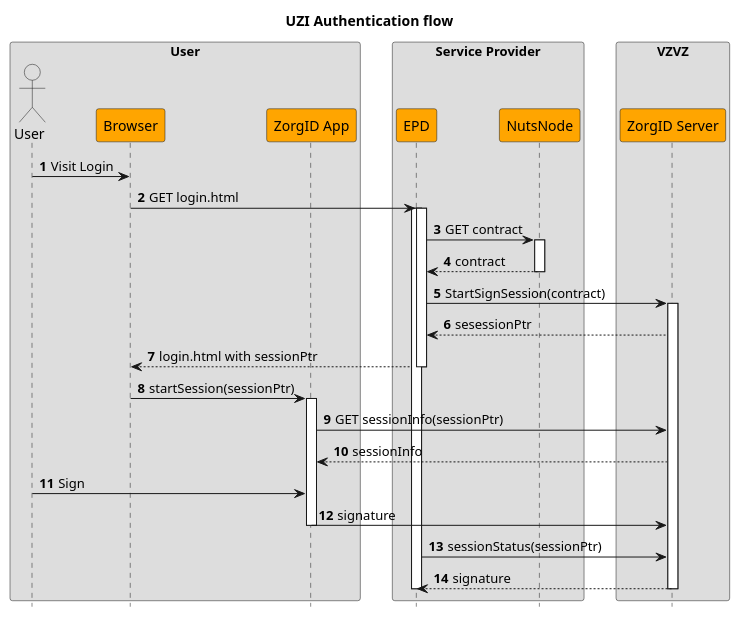
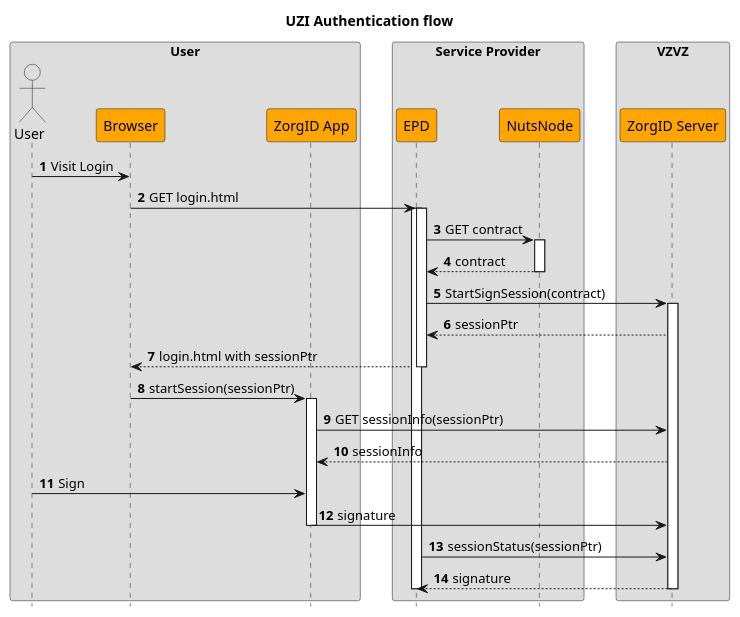
Before and after one commit to nuts-foundation/nuts-auth: the diagram in docs/_static/uzi-flow.puml, drawn with PlantUML. The commit also changed 1 other file, not shown here.

Commit message:
Fix typo in diagram

```diff
--- a/docs/_static/uzi-flow.puml
+++ b/docs/_static/uzi-flow.puml
@@ -1,59 +1,59 @@
 @startuml
 hide footbox
 skinparam roundcorner 5
 skinparam shadowing false
 skinparam sequence {
    ParticipantBackgroundColor orange
    ActorBackgroundColor none
 }
 skinparam BoxPadding 15
 
 title UZI Authentication flow
 autonumber
 box User
 actor User order 10
 participant Browser order 20
 participant "ZorgID App" as ZorgIDApp order 30
 endbox
 box Service Provider
 participant EPD order 40
 participant "NutsNode" as NutsNode order 50
 endbox
 
 box VZVZ
 participant "ZorgID Server" as ZorgIDServer order 60
 endbox
 
 '-> User : Start
 User -> Browser : Visit Login
 Browser -> EPD : GET login.html
 activate EPD
 activate EPD
 
 EPD -> NutsNode : GET contract
 activate NutsNode
 return contract
 
 EPD -> ZorgIDServer : StartSignSession(contract)
 activate ZorgIDServer
-ZorgIDServer --> EPD : sesessionPtr
+ZorgIDServer --> EPD : sessionPtr
 
 EPD --> Browser : login.html with sessionPtr
 deactivate EPD
 
 Browser -> ZorgIDApp : startSession(sessionPtr)
 activate ZorgIDApp
 ZorgIDApp -> ZorgIDServer : GET sessionInfo(sessionPtr)
 ZorgIDServer --> ZorgIDApp : sessionInfo
 User -> ZorgIDApp : Sign
 ZorgIDApp -> ZorgIDServer : signature
 deactivate ZorgIDApp
 EPD -> ZorgIDServer : sessionStatus(sessionPtr)
 ZorgIDServer --> EPD : signature
 deactivate ZorgIDServer
 deactivate EPD
 
 'Browser -> EPD : GET sessionStatus(sessionPtr)
 'activate EPD
 'return StoreInSession(signature)
 @enduml
```
